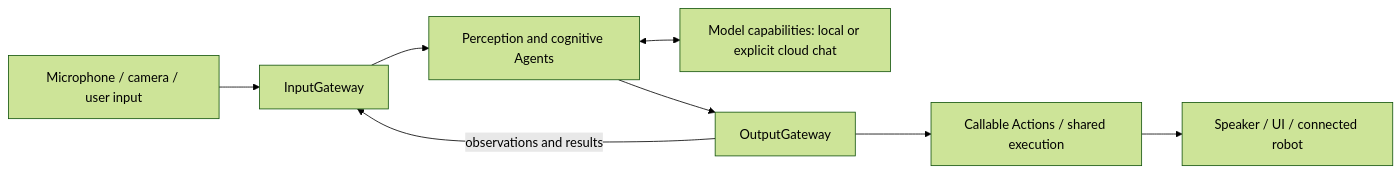
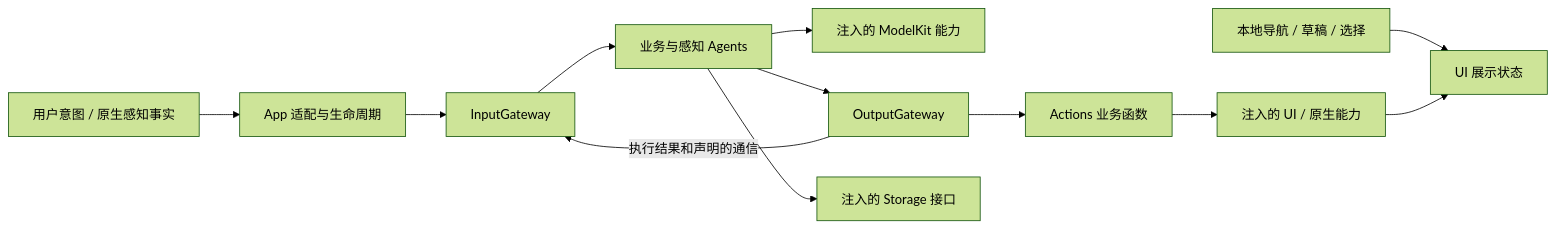
Before and after one commit to devilyouwei/MobileHarness: the diagram in docs/Architecture.md, drawn with Mermaid (forest theme). The commit also changed other lines of this file and 91 other files, not shown here.

````diff
--- a/docs/Architecture.md
+++ b/docs/Architecture.md
@@ -5,10 +7,14 @@
 ```mermaid
 flowchart LR
-    Devices[Microphone / camera / user input] --> Input[InputGateway]
-    Input --> Agents[Perception and cognitive Agents]
-    Agents <--> Models[Model capabilities: local or explicit cloud chat]
-    Agents --> Output[OutputGateway]
-    Output --> Behaviors[Callable Actions / shared execution]
-    Behaviors --> Effects[Speaker / UI / connected robot]
-    Output -->|observations and results| Input
+    Input[用户意图 / 原生感知事实] --> Host[App 适配与生命周期]
+    Host --> In[InputGateway]
+    In --> Agents[业务与感知 Agents]
+    Agents --> Models[注入的 ModelKit 能力]
+    Agents --> Out[OutputGateway]
+    Out --> Functions[Actions 业务函数]
+    Functions --> Effects[注入的 UI / 原生能力]
+    Out -->|执行结果和声明的通信| In
+    Agents --> Data[注入的 Storage 接口]
+    Local[本地导航 / 草稿 / 选择] --> UI[UI 展示状态]
+    Effects --> UI
 ```
````
